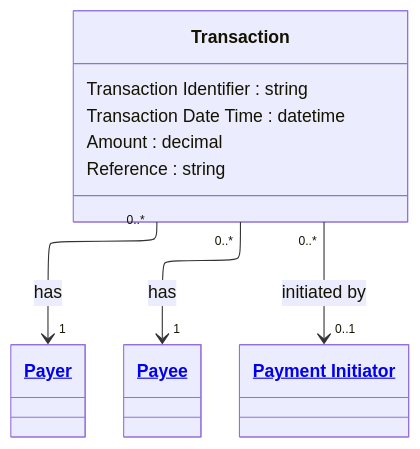
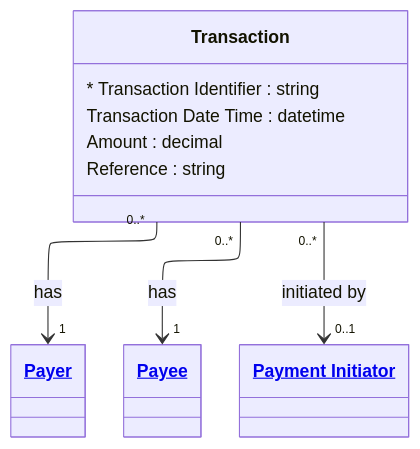
Before and after one commit to Semprini/md-ddl: the diagram in examples/Financial Crime/entities/transaction.md, drawn with Mermaid. The commit also changed 60 other files, not shown here.

````diff
--- a/examples/Financial Crime/entities/transaction.md
+++ b/examples/Financial Crime/entities/transaction.md
@@ -9,21 +9,21 @@
 ```mermaid
 ---
 config:
   layout: elk
 ---
 classDiagram
   class Transaction{
-    Transaction Identifier : string
+    * Transaction Identifier : string
     Transaction Date Time : datetime
     Amount : decimal
     Reference : string
   }
 
   Transaction "0..*" --> "1" Payer : has
   Transaction "0..*" --> "1" Payee : has
   Transaction "0..*" --> "0..1" PaymentInitiator : initiated by
 
   class Payer["<a href='payer.md'>Payer</a>"]
   class Payee["<a href='payee.md'>Payee</a>"]
   class PaymentInitiator["<a href='payment_initiator.md'>Payment Initiator</a>"]
 ```
````
